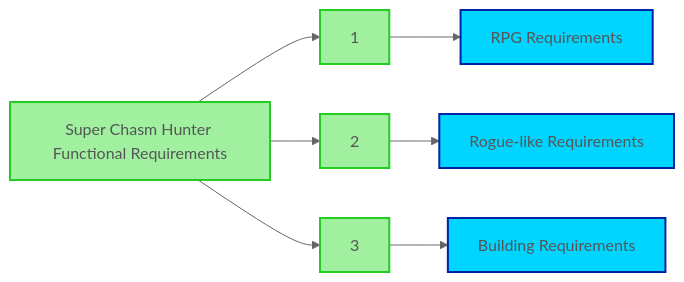
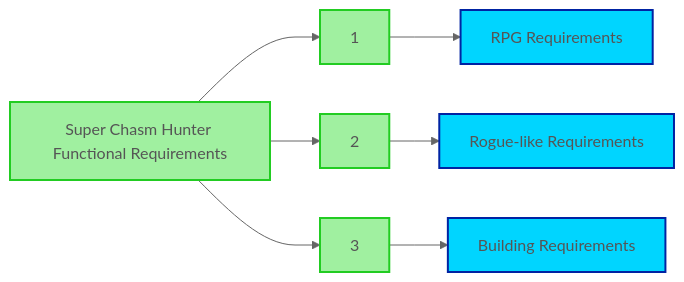
Before and after one commit to FilippoGurioli/super-chasm-hunter-pm: the diagram in docs/RBSs/SCH Func Req.md, drawn with Mermaid (neutral theme). The commit also changed 4 other files, not shown here.

````diff
--- a/docs/RBSs/SCH Func Req.md
+++ b/docs/RBSs/SCH Func Req.md
@@ -5,25 +5,26 @@
 ```mermaid
+%%{init: { 'flowchart': {"curve": "monotoneX"}} }%%
 graph LR
     0[Super Chasm Hunter Functional Requirements]
     1
     1.1[RPG Requirements]
     2
     2.1[Rogue-like Requirements]
     3
     3.1[Building Requirements]
 
     0 --> 1
     0 --> 2
     0 --> 3
     1 --> 1.1
     2 --> 2.1
     3 --> 3.1
 
     classDef verde fill:#a0f0a0,stroke:#2c2,stroke-width:2px,color:#555;
     classDef giallo fill:#fff0a0,stroke:#cc2,stroke-width:2px,color:#555;
     classDef rosso fill:#f0a0a0,stroke:#c22,stroke-width:2px,color:#555;
     classDef blu fill:#00d5ff,stroke:#0023a3,stroke-width:2px,color:#555;
     
     class 0,1,2,3 verde;
     class 1.1,2.1,3.1 blu;
 ```
````
